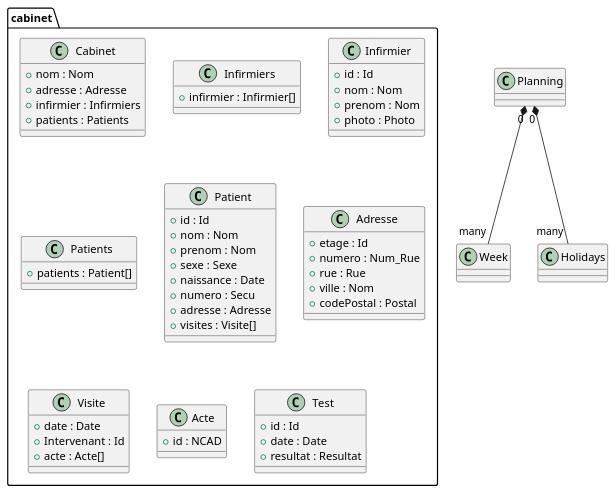
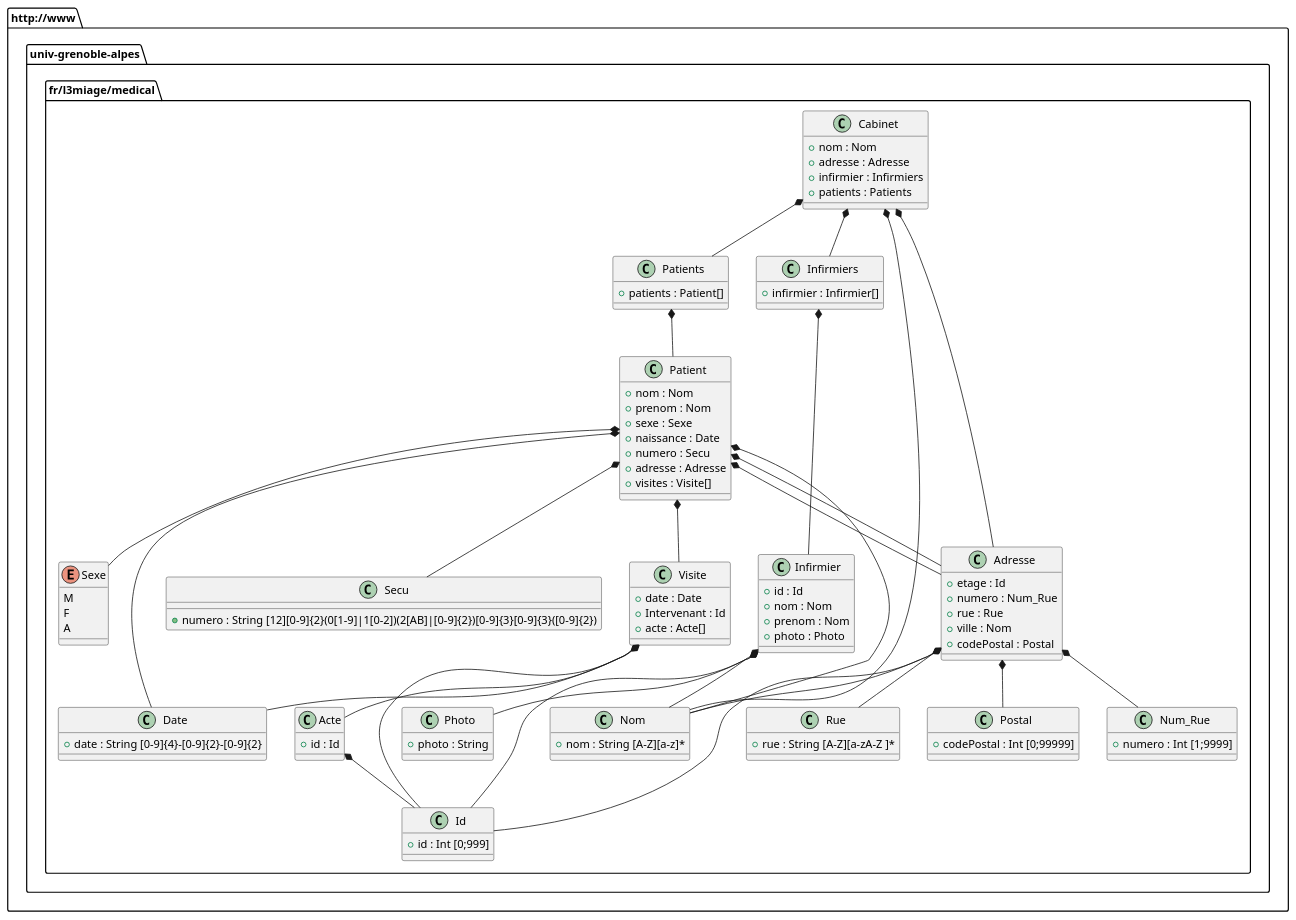
Before and after one commit to SolarHauks/CabinetInfirmier: the diagram in data/plan.pu, drawn with PlantUML.

Commit message:
Ajout du PlantUML

```diff
--- a/data/plan.pu
+++ b/data/plan.pu
@@ -1,67 +1,126 @@
 @startuml
 
-    package cabinet {
+    package http://www.univ-grenoble-alpes.fr/l3miage/medical {
         class Cabinet {
             +nom : Nom
             +adresse : Adresse
             +infirmier : Infirmiers
             +patients : Patients
         }
         
         class Infirmiers {
             +infirmier : Infirmier[]
         }
         
         class Infirmier {
             +id : Id
             +nom : Nom
             +prenom : Nom
             +photo : Photo
         }
         
         class Patients {
             +patients : Patient[]
         }
         
         class Patient {
-            +id : Id
             +nom : Nom
             +prenom : Nom
             +sexe : Sexe
             +naissance : Date
             +numero : Secu
             +adresse : Adresse
             +visites : Visite[]
         }
         
         class Adresse {
             +etage : Id
             +numero : Num_Rue
             +rue : Rue
             +ville : Nom
             +codePostal : Postal
         }
         
         class Visite {
             +date : Date
             +Intervenant : Id
             +acte : Acte[]
         }
         
         class Acte {
-            +id : NCAD
+            +id : Id
         }
         
-        class Test {
-            +id : Id
-            +date : Date
-            +resultat : Resultat
+        
+        'Simple Types
+        class Nom {
+            +nom : String [A-Z][a-z]*
+        }
+        
+        class Id {
+            +id : Int [0;999]
+        }
+        
+        'A completer
+        class Photo {
+            +photo : String
+        }
+        
+        enum Sexe {
+            M
+            F
+            A
+        }
+        
+        class Date {
+            +date : String [0-9]{4}-[0-9]{2}-[0-9]{2}
+        }
+        
+        class Secu {
+            +numero : String [12][0-9]{2}(0[1-9]|1[0-2])(2[AB]|[0-9]{2})[0-9]{3}[0-9]{3}([0-9]{2})
+        }
+        
+        class Num_Rue {
+            +numero : Int [1;9999]
+        }
+        
+        class Rue {
+            +rue : String [A-Z][a-zA-Z ]*
+        }
+        
+        class Postal {
+            +codePostal : Int [0;99999]
         }
         
     }
 
-Planning "0" *-- "many" Week
-Planning "0" *-- "many" Holidays
+'Relations entre les classes
+Cabinet *-- Infirmiers
+Infirmiers *-- Infirmier
+Cabinet *-- Patients
+Patients *-- Patient
+Patient *-- Visite
+Patient *-- Adresse
+Visite *-- Acte
 
+'Relations entre les classes et les types simples
+Cabinet *-- Nom
+Cabinet *-- Adresse
+Infirmier *-- Id
+Infirmier *-- Nom
+Infirmier *-- Photo
+Patient *-- Nom
+Patient *-- Sexe
+Patient *-- Date
+Patient *-- Secu
+Patient *-- Adresse
+Visite *-- Date
+Visite *-- Id
+Acte *-- Id
+Adresse *-- Num_Rue
+Adresse *-- Rue
+Adresse *-- Postal
+Adresse *-- Nom
+Adresse *-- Id
 
 @enduml
```
